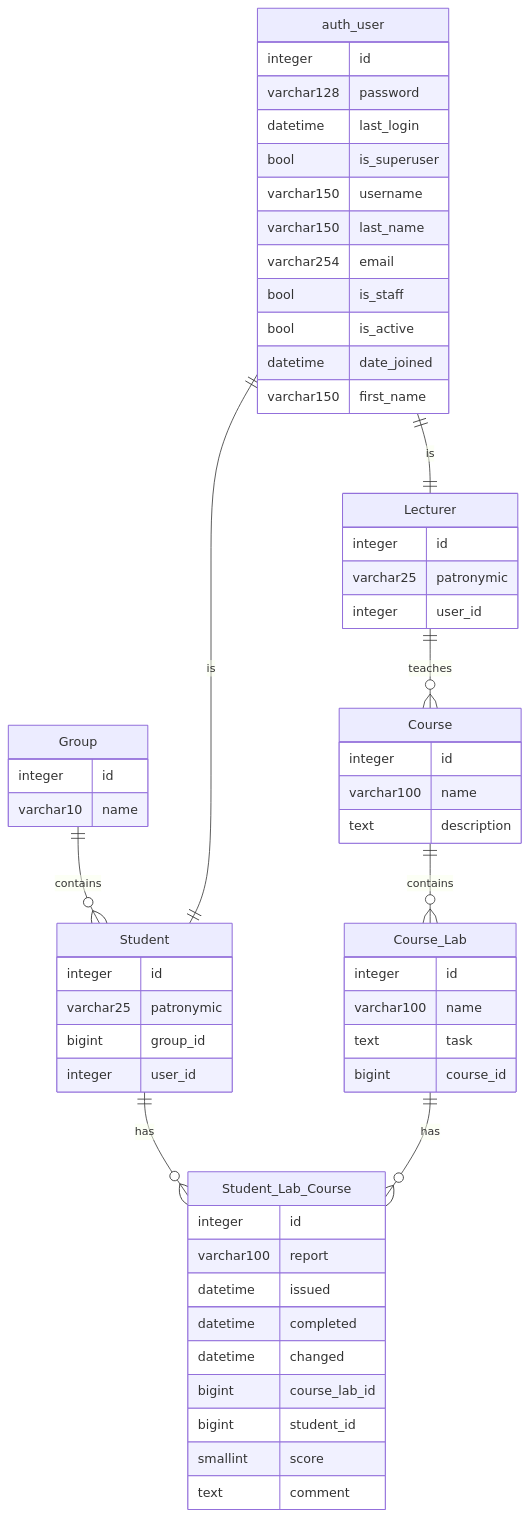
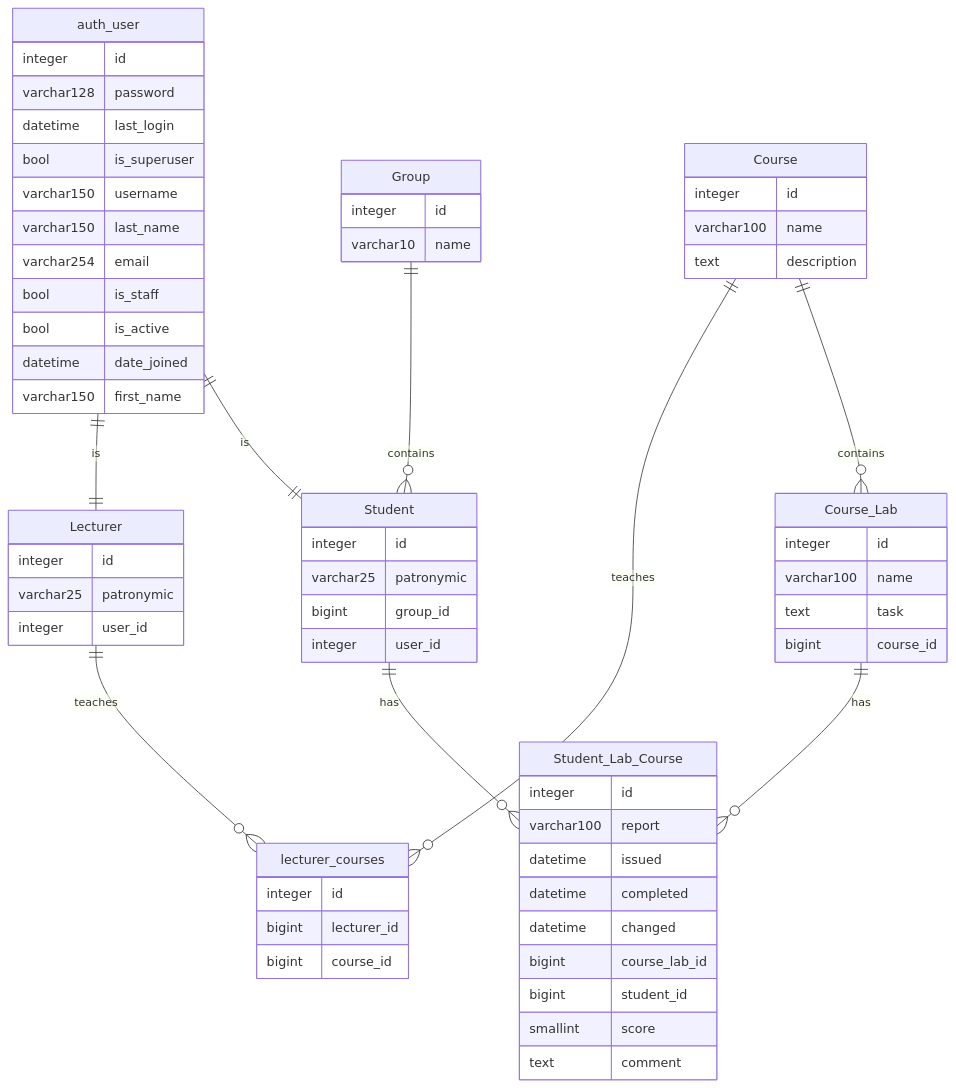
Before and after one commit to iYroglif/dzDIA: the diagram in README.md, drawn with Mermaid. The commit also changed other lines of this file, not shown here.

````diff
--- a/README.md
+++ b/README.md
@@ -2,60 +20,66 @@
 ```mermaid
 erDiagram
     Course {
         integer id
         varchar100 name
         text description
     }
     Lecturer {
         integer id
         varchar25 patronymic
         integer user_id
+    }
+    lecturer_courses {
+        integer id
+        bigint lecturer_id
+        bigint course_id
     }
     Course_Lab {
         integer id
         varchar100 name
         text task
         bigint course_id
     }
     Group {
         integer id
         varchar10 name
     }
     Student {
         integer id
         varchar25 patronymic
         bigint group_id
         integer user_id
     }
     Student_Lab_Course {
         integer id
         varchar100 report
         datetime issued
         datetime completed
         datetime changed
         bigint course_lab_id
         bigint student_id
         smallint score
         text comment
     }
     auth_user {
         integer id
         varchar128 password
         datetime last_login
         bool is_superuser
         varchar150 username
         varchar150 last_name
         varchar254 email
         bool is_staff
         bool is_active
         datetime date_joined
         varchar150 first_name
     }
-    Lecturer ||--o{ Course : teaches
+    Lecturer ||--o{ lecturer_courses : teaches
+    Course ||--o{ lecturer_courses : teaches
     Course ||--o{ Course_Lab : contains
     Group ||--o{ Student : contains
     Student ||--o{ Student_Lab_Course : has
     Course_Lab ||--o{ Student_Lab_Course : has
     auth_user ||--|| Lecturer : is
     auth_user ||--|| Student : is
 ```
````
